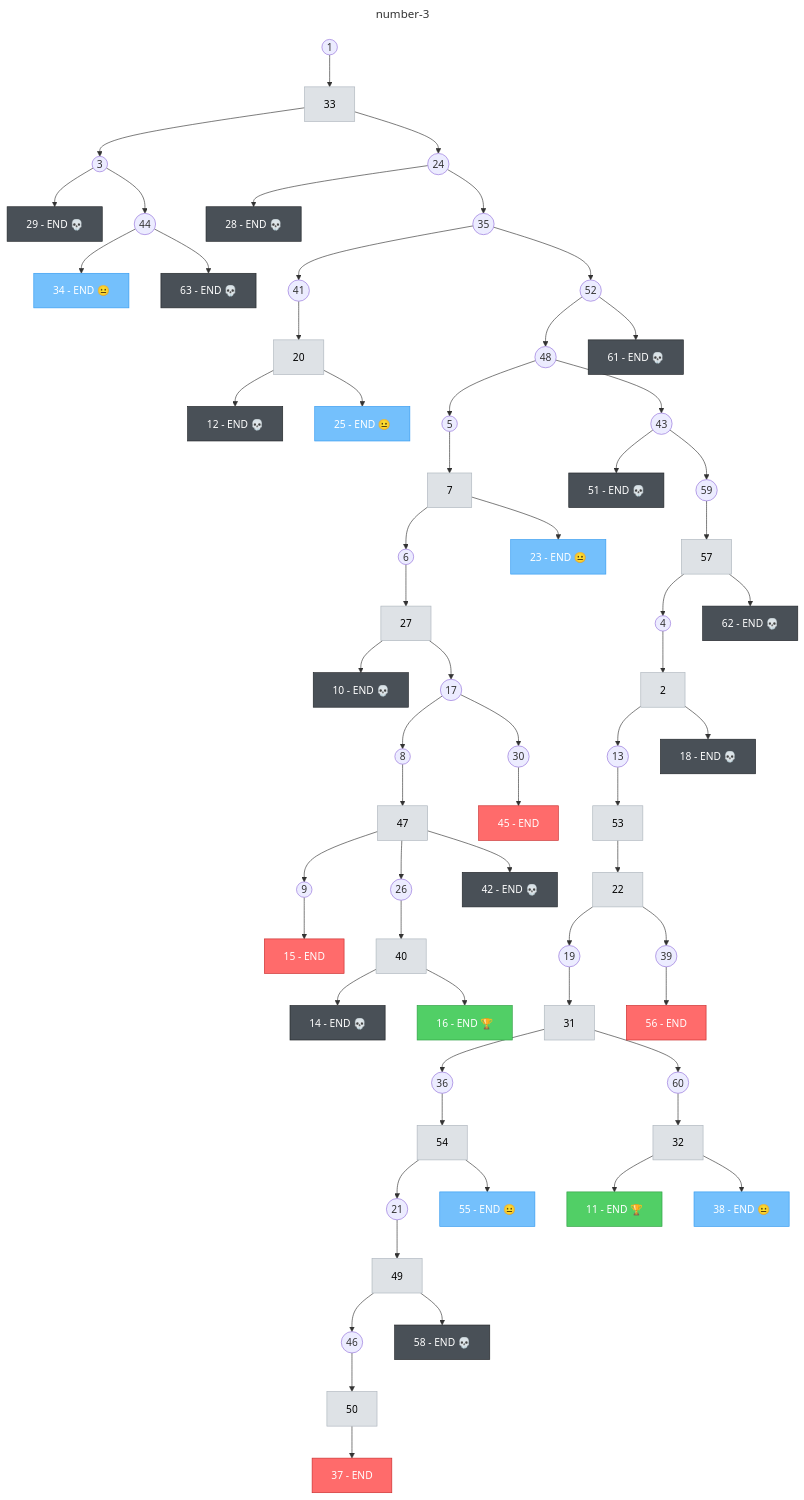
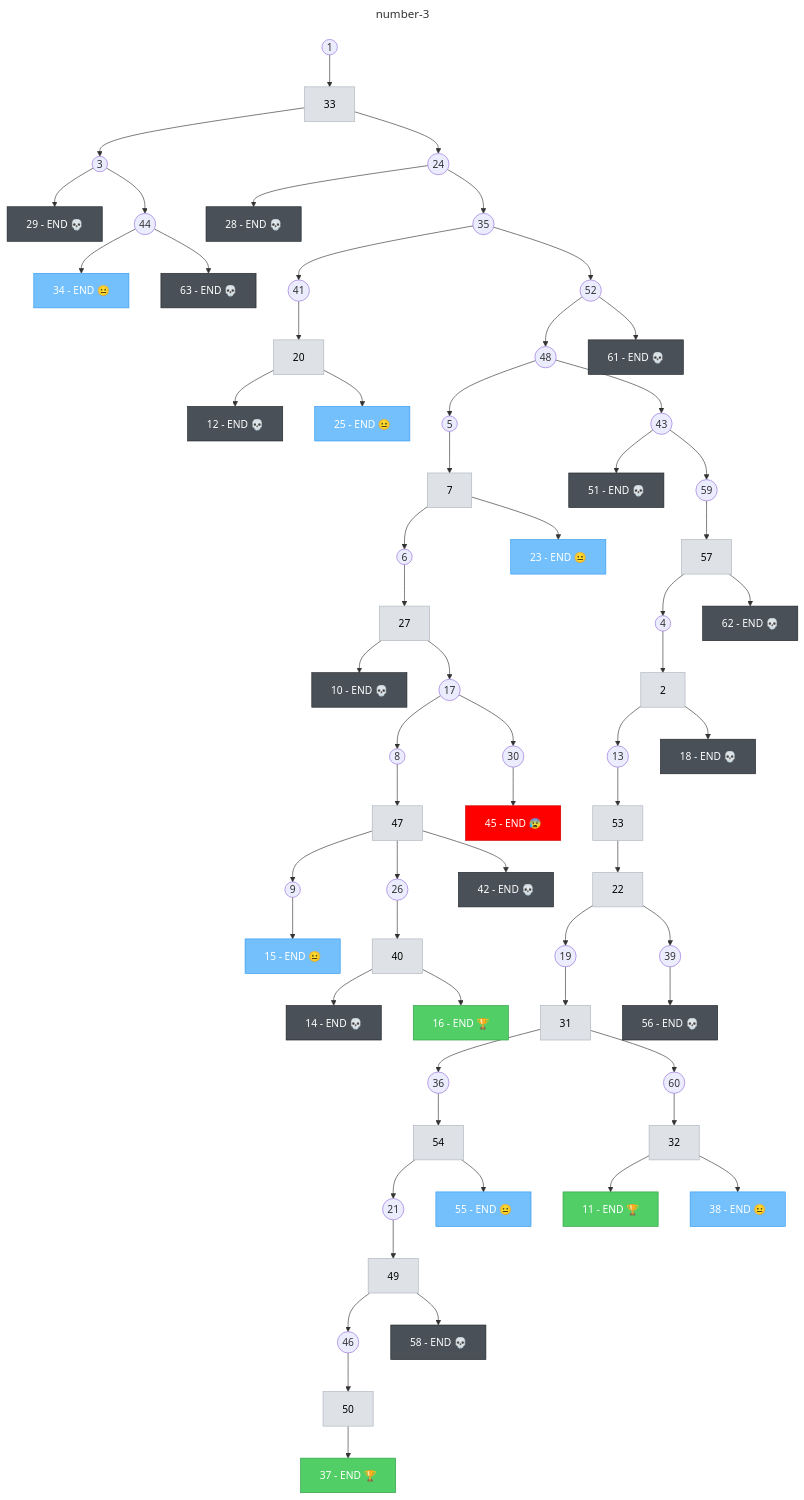
The diagram in number-3/output/structure.mmd (nicodevs/can-claude-code-write-a-good-choose-your-own-adventure-book), drawn with Mermaid before and after one commit. The commit also changed 4 other files, not shown here.

Commit message:
Fix mermaid generator script

```diff
--- a/number-3/output/structure.mmd
+++ b/number-3/output/structure.mmd
@@ -1,141 +1,141 @@
 ---
 title: number-3
 ---
 flowchart TD
     1((1))
     2[2]:::transition
     3((3))
     4((4))
     5((5))
     6((6))
     7[7]:::transition
     8((8))
     9((9))
     10[10 - END 💀]:::death
     11[11 - END 🏆]:::good
     12[12 - END 💀]:::death
     13((13))
     14[14 - END 💀]:::death
-    15[15 - END]:::ending
+    15[15 - END 😐]:::neutral
     16[16 - END 🏆]:::good
     17((17))
     18[18 - END 💀]:::death
     19((19))
     20[20]:::transition
     21((21))
     22[22]:::transition
     23[23 - END 😐]:::neutral
     24((24))
     25[25 - END 😐]:::neutral
     26((26))
     27[27]:::transition
     28[28 - END 💀]:::death
     29[29 - END 💀]:::death
     30((30))
     31[31]:::transition
     32[32]:::transition
     33[33]:::transition
     34[34 - END 😐]:::neutral
     35((35))
     36((36))
-    37[37 - END]:::ending
+    37[37 - END 🏆]:::good
     38[38 - END 😐]:::neutral
     39((39))
     40[40]:::transition
     41((41))
     42[42 - END 💀]:::death
     43((43))
     44((44))
-    45[45 - END]:::ending
+    45[45 - END 😰]:::bad
     46((46))
     47[47]:::transition
     48((48))
     49[49]:::transition
     50[50]:::transition
     51[51 - END 💀]:::death
     52((52))
     53[53]:::transition
     54[54]:::transition
     55[55 - END 😐]:::neutral
-    56[56 - END]:::ending
+    56[56 - END 💀]:::death
     57[57]:::transition
     58[58 - END 💀]:::death
     59((59))
     60((60))
     61[61 - END 💀]:::death
     62[62 - END 💀]:::death
     63[63 - END 💀]:::death
     1 --> 33
     2 --> 13
     2 --> 18
     3 --> 29
     3 --> 44
     4 --> 2
     5 --> 7
     6 --> 27
     7 --> 6
     7 --> 23
     8 --> 47
     9 --> 15
     13 --> 53
     17 --> 8
     17 --> 30
     19 --> 31
     20 --> 12
     20 --> 25
     21 --> 49
     22 --> 19
     22 --> 39
     24 --> 28
     24 --> 35
     26 --> 40
     27 --> 10
     27 --> 17
     30 --> 45
     31 --> 36
     31 --> 60
     32 --> 11
     32 --> 38
     33 --> 3
     33 --> 24
     35 --> 41
     35 --> 52
     36 --> 54
     39 --> 56
     40 --> 14
     40 --> 16
     41 --> 20
     43 --> 51
     43 --> 59
     44 --> 34
     44 --> 63
     46 --> 50
     47 --> 9
     47 --> 26
     47 --> 42
     48 --> 5
     48 --> 43
     49 --> 46
     49 --> 58
     50 --> 37
     52 --> 48
     52 --> 61
     53 --> 22
     54 --> 21
     54 --> 55
     57 --> 4
     57 --> 62
     59 --> 57
     60 --> 32
 
     classDef ending fill:#ff6b6b,stroke:#c92a2a,color:#fff
     classDef death fill:#495057,stroke:#212529,color:#fff
     classDef good fill:#51cf66,stroke:#2f9e44,color:#fff
-    classDef bad fill:#ff8787,stroke:#fa5252,color:#fff
+    classDef bad fill:#ff0000,stroke:#cc0000,color:#fff
     classDef neutral fill:#74c0fc,stroke:#339af0,color:#fff
     classDef orphan fill:#ffd43b,stroke:#fab005,color:#000
     classDef convergent fill:#9775fa,stroke:#7048e8,color:#fff
     classDef convergent_end fill:#e599f7,stroke:#be4bdb,color:#000
     classDef transition fill:#dee2e6,stroke:#adb5bd,color:#000
 
     %% 63 pages, 62 edges, 23 endings, 0 orphaned, 0 convergent
```
